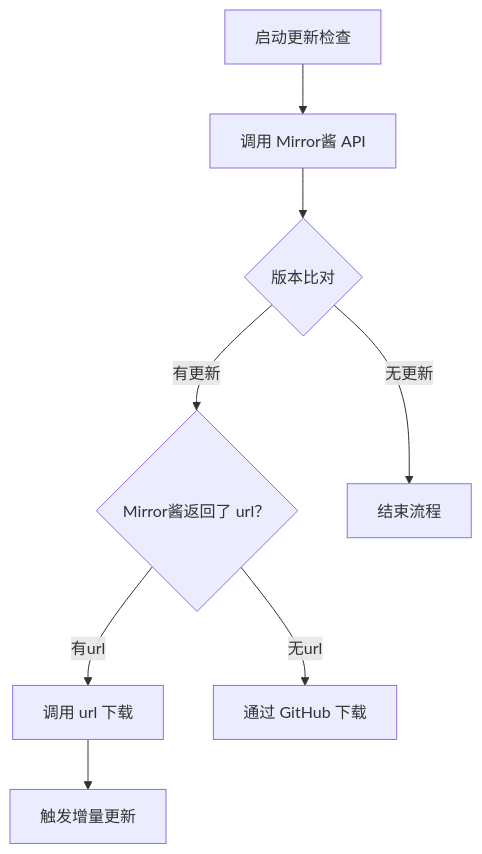
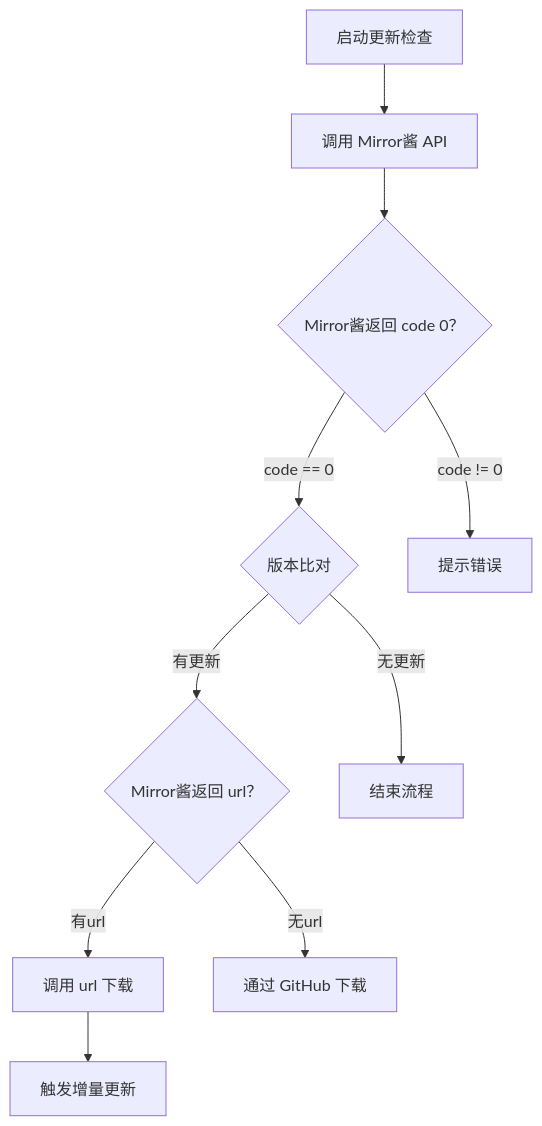
The diagram in README.md (MirrorChyan/docs), drawn with Mermaid before and after one commit. The commit also changed other lines of this file, not shown here.

Commit message:
refactor: 重绘流程图

````diff
--- a/README.md
+++ b/README.md
@@ -69,10 +69,12 @@
 ```mermaid
 graph TD
     A[启动更新检查] --> B[调用 Mirror酱 API]
-    B --> C{版本比对}
-    C -->|有更新| D{Mirror酱返回了 url？}
-    C -->|无更新| Z[结束流程]
-    D -->|有url| E[调用 url 下载]
-    D -->|无url| F[通过 GitHub 下载]
-    E --> I[触发增量更新]
+    B --> C{Mirror酱返回 code 0？}
+    C -->|code == 0| D{版本比对}
+    C -->|code != 0| Y[提示错误]
+    D -->|有更新| F{Mirror酱返回 url？}
+    D -->|无更新| Z[结束流程]
+    F -->|有url| G[调用 url 下载]
+    F -->|无url| H[通过 GitHub 下载]
+    G --> I[触发增量更新]
 ```
````
